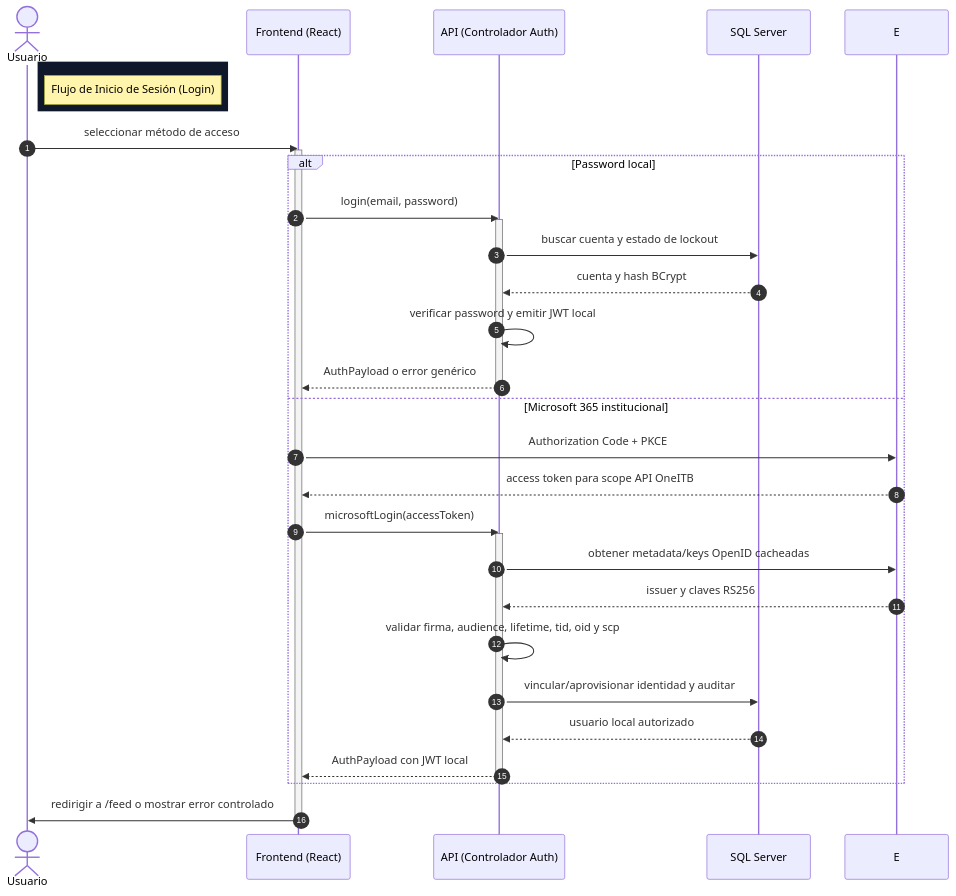
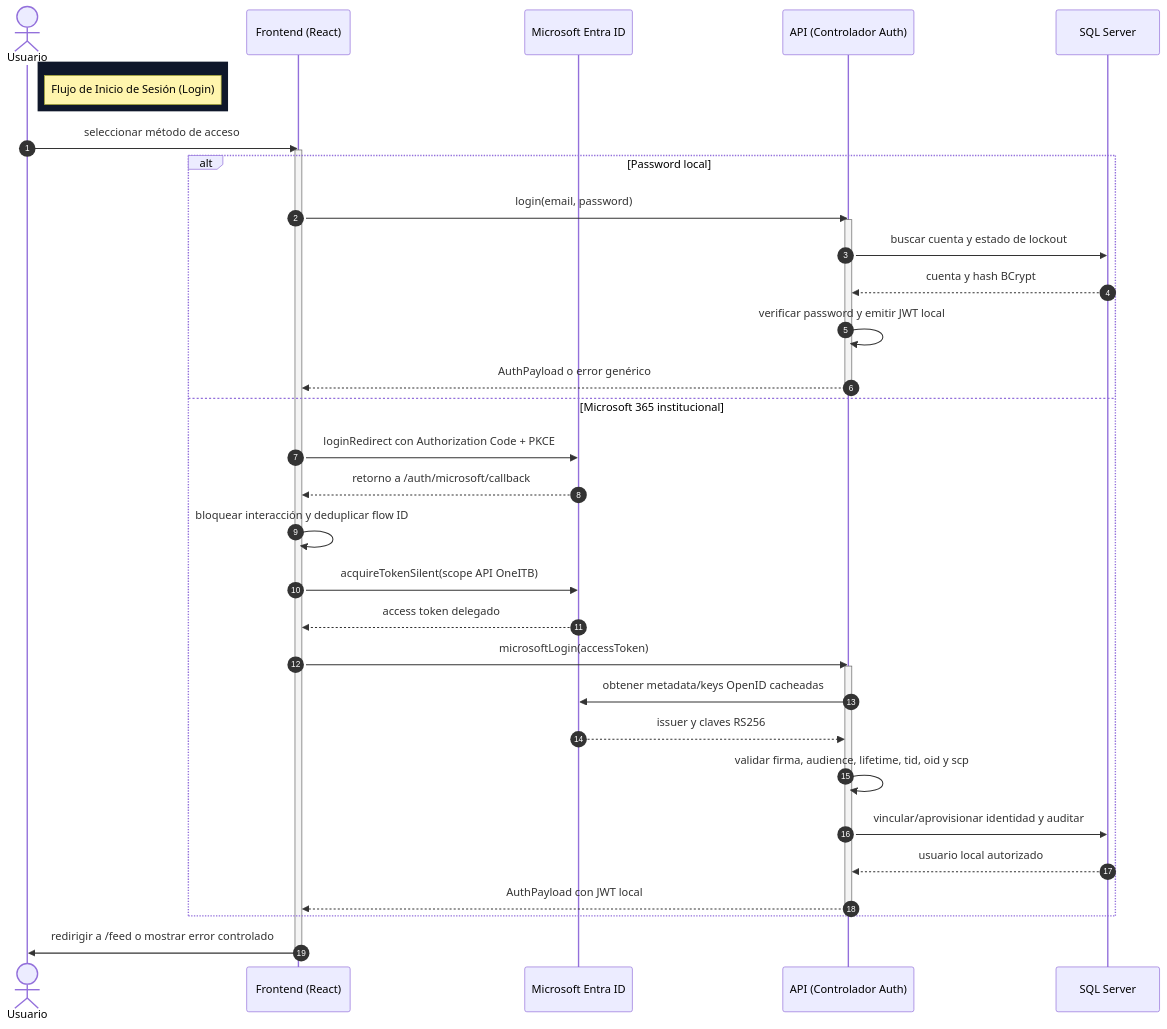
Before and after one commit to fagdiaz/OneITB: the sixth of 10 diagrams in docs/entrega_final/DOCUMENTO_BASE_PRACTICA_PROFESIONAL.md, drawn with Mermaid. The commit also changed other lines of this file and 58 other files, not shown here.

````diff
--- a/docs/entrega_final/DOCUMENTO_BASE_PRACTICA_PROFESIONAL.md
+++ b/docs/entrega_final/DOCUMENTO_BASE_PRACTICA_PROFESIONAL.md
@@ -376,38 +433,42 @@
 ```mermaid
 sequenceDiagram
     autonumber
     actor U as Usuario
     participant F as Frontend (React)
+    participant E as Microsoft Entra ID
     participant C as API (Controlador Auth)
     participant DB as SQL Server
 
     rect rgb(15, 23, 42)
     note right of U: Flujo de Inicio de Sesión (Login)
     end
 
     U->>F: seleccionar método de acceso
     activate F
     alt Password local
         F->>C: login(email, password)
         activate C
         C->>DB: buscar cuenta y estado de lockout
         DB-->>C: cuenta y hash BCrypt
         C->>C: verificar password y emitir JWT local
         C-->>F: AuthPayload o error genérico
         deactivate C
     else Microsoft 365 institucional
-        F->>E: Authorization Code + PKCE
-        E-->>F: access token para scope API OneITB
+        F->>E: loginRedirect con Authorization Code + PKCE
+        E-->>F: retorno a /auth/microsoft/callback
+        F->>F: bloquear interacción y deduplicar flow ID
+        F->>E: acquireTokenSilent(scope API OneITB)
+        E-->>F: access token delegado
         F->>C: microsoftLogin(accessToken)
         activate C
         C->>E: obtener metadata/keys OpenID cacheadas
         E-->>C: issuer y claves RS256
         C->>C: validar firma, audience, lifetime, tid, oid y scp
         C->>DB: vincular/aprovisionar identidad y auditar
         DB-->>C: usuario local autorizado
         C-->>F: AuthPayload con JWT local
         deactivate C
     end
     F->>U: redirigir a /feed o mostrar error controlado
     deactivate F
 ```
````
